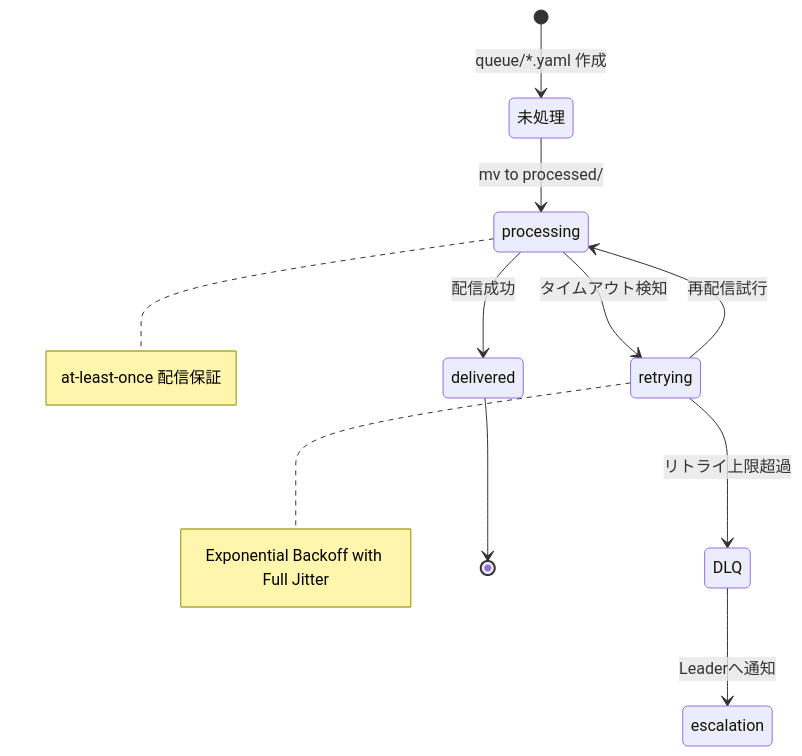
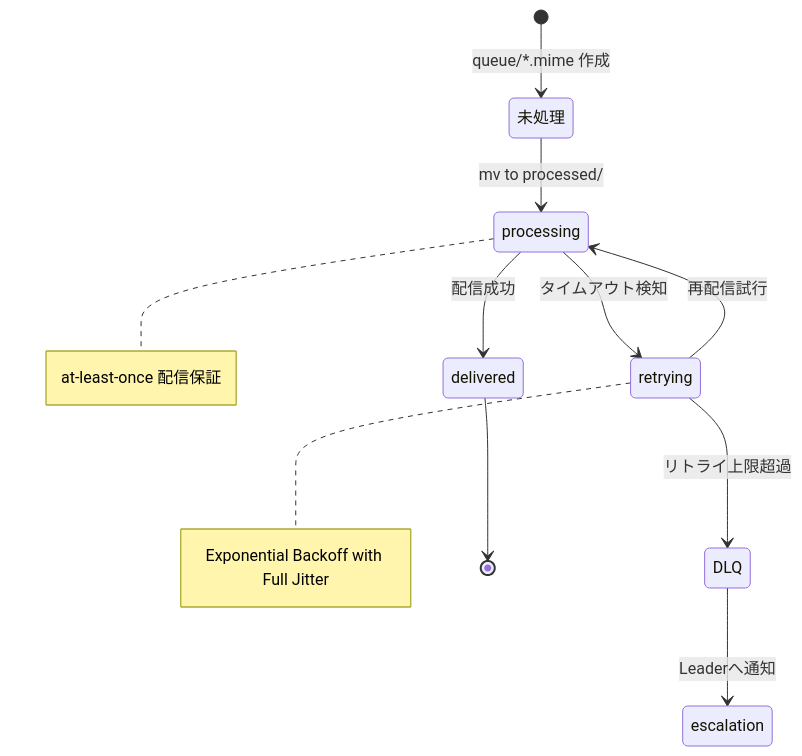
One commit to myfinder/IGNITE changed the fourth of 5 diagrams in docs/architecture.md. Above: the diagram before and after it, drawn with Mermaid. The commit also changed other lines of this file and 15 other files, not shown here.

````diff
--- a/docs/architecture.md
+++ b/docs/architecture.md
@@ -368,14 +374,14 @@
 ```mermaid
 stateDiagram-v2
-    [*] --> 未処理: queue/*.yaml 作成
+    [*] --> 未処理: queue/*.mime 作成
     未処理 --> processing: mv to processed/
     processing --> delivered: 配信成功
     processing --> retrying: タイムアウト検知
     retrying --> processing: 再配信試行
     retrying --> DLQ: リトライ上限超過
     DLQ --> escalation: Leaderへ通知
     delivered --> [*]
 
     note right of processing: at-least-once 配信保証
     note right of retrying: Exponential Backoff with Full Jitter
 ```
````
